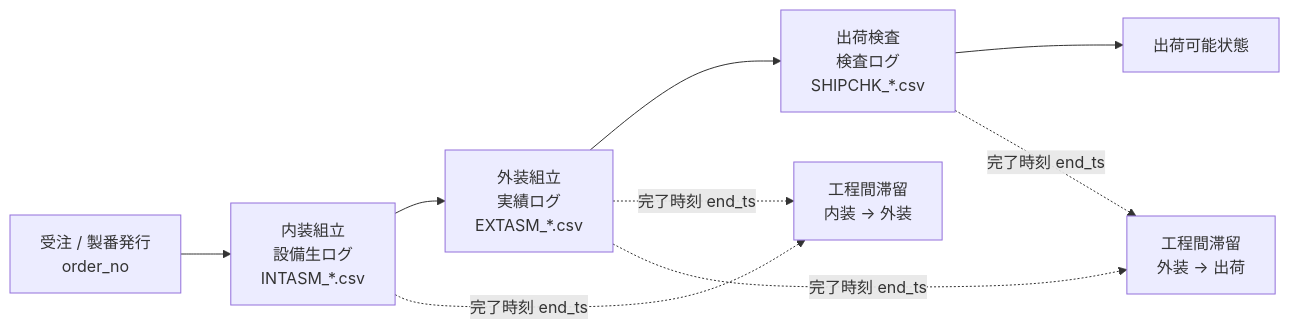
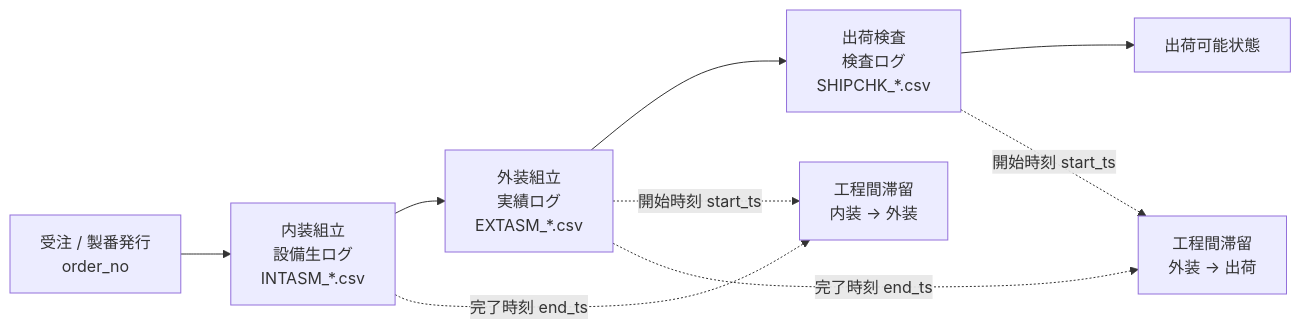
One commit to Akihiko-Fuji/DocDD changed the first of 2 diagrams in results_record_db/README.md. Above: the diagram before and after it, drawn with Mermaid. The commit also changed other lines of this file and 5 other files, not shown here.

````diff
--- a/results_record_db/README.md
+++ b/results_record_db/README.md
@@ -1521,12 +1877,12 @@
 ```mermaid
 flowchart LR
     order["受注 / 製番発行<br/>order_no"] --> internal["内装組立<br/>設備生ログ<br/>INTASM_*.csv"]
     internal --> external["外装組立<br/>実績ログ<br/>EXTASM_*.csv"]
     external --> inspection["出荷検査<br/>検査ログ<br/>SHIPCHK_*.csv"]
     inspection --> shipped["出荷可能状態"]
 
     internal -. 完了時刻 end_ts .-> kpi2a["工程間滞留<br/>内装 → 外装"]
-    external -. 完了時刻 end_ts .-> kpi2a
+    external -. 開始時刻 start_ts .-> kpi2a
     external -. 完了時刻 end_ts .-> kpi2b["工程間滞留<br/>外装 → 出荷"]
-    inspection -. 完了時刻 end_ts .-> kpi2b
+    inspection -. 開始時刻 start_ts .-> kpi2b
 ```
````
